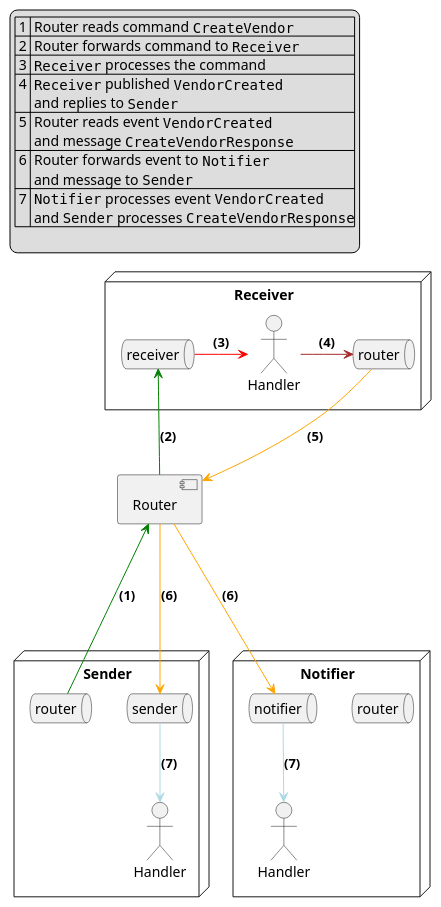
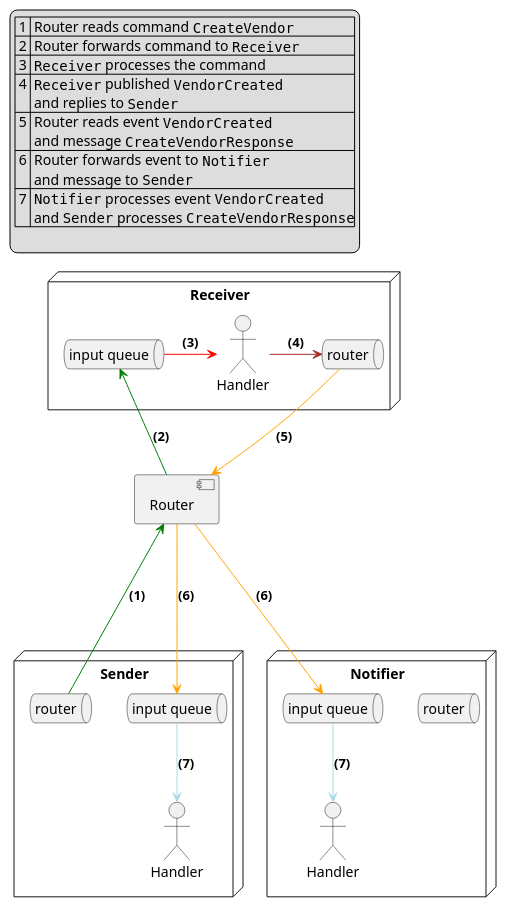
Before and after one commit to rioka/NsbRouterPlayground: the third of 3 diagrams in README.md, drawn with PlantUML.

Commit message:
Small tweak

````diff
--- a/README.md
+++ b/README.md
@@ -161,55 +161,58 @@
 ```puml
 @startuml
 
 node Sender {
 
   queue router as RtrS
-  queue sender as SQ
+  queue "input queue" as SQ
 
   actor Handler as SH
 }
 
 node Receiver {
 
   queue router as RtrR
-  queue receiver as RQ
+  queue "input queue"  as RQ
 
   actor Handler as RH
 }
 
 node Notifier {
 
   queue router as RtrN
-  queue notifier as NQ
+  queue "input queue"  as NQ
 
   actor Handler as NH
 }
 
 component Router
+'entity Start as St
+
+'St -r-> RtrS
 
 RtrS --r[#green]-> Router : **(1)**
 Router -r[#green]> RQ : **(2)**
 RQ -r[#red]-> RH : **(3)**
 
 RH -r[#brown]-> RtrR : **(4)** 
 
 RtrR --[#orange]> Router : **(5)** 
 Router ---[#orange]> NQ :  **(6)**
 Router ---[#orange]> SQ : **(6)** 
 
 NQ -d[#lightblue]-> NH : **(7)**
 SQ -d[#lightblue]-> SH : **(7)**
 
 legend top left
 | 1 | Router reads command ""CreateVendor""   |
 | 2 | Router forwards command to ""Receiver"" |
 | 3 | ""Receiver"" processes the command      |
 | 4 | ""Receiver"" published ""VendorCreated""\n and replies to ""Sender"" |
 | 5 | Router reads event ""VendorCreated""\n and message ""CreateVendorResponse""    |
 | 6 | Router forwards event to ""Notifier""\n and message to ""Sender""|
 | 7 | ""Notifier"" processes event ""VendorCreated""\n and ""Sender"" processes ""CreateVendorResponse""|
 
 endlegend
 
 @enduml
 ```
````
